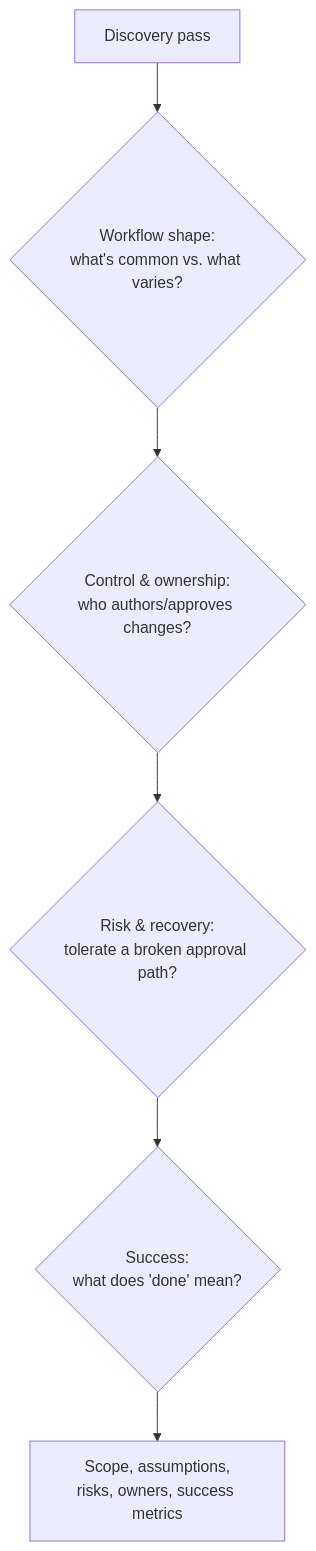
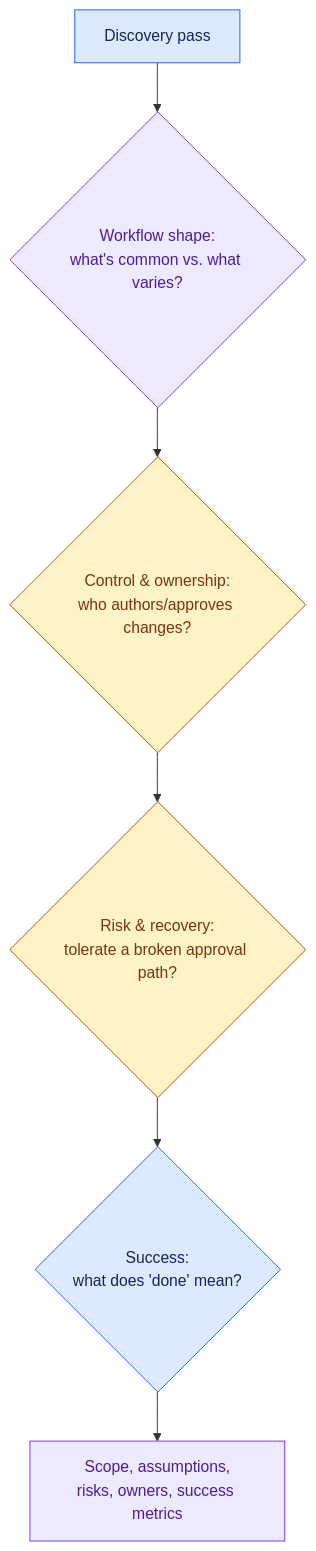
One commit to Sourav692/Forward-Deployed-Engineer-Interview-Prep changed the second of 3 diagrams in site/content/modules/15-fde-case-studies/standalone-designs/configurable-platform-customer-workflows/tutorial-v2.md. Above: the diagram before and after it, drawn with Mermaid. The commit also changed other lines of this file and 1268 other files, not shown here.

First line of the commit message:
content: polish Casebook writing and Mermaid diagrams (#251)

````diff
--- a/site/content/modules/15-fde-case-studies/standalone-designs/configurable-platform-customer-workflows/tutorial-v2.md
+++ b/site/content/modules/15-fde-case-studies/standalone-designs/configurable-platform-customer-workflows/tutorial-v2.md
@@ -139,8 +149,16 @@
 ```mermaid
 flowchart TD
   START["Discovery pass"] --> SHAPE{"Workflow shape:<br/>what's common vs. what varies?"}
   SHAPE --> OWN{"Control & ownership:<br/>who authors/approves changes?"}
   OWN --> RISK{"Risk & recovery:<br/>tolerate a broken approval path?"}
   RISK --> SUCCESS{"Success:<br/>what does 'done' mean?"}
   SUCCESS --> OUT["Scope, assumptions,<br/>risks, owners, success metrics"]
+
+    %% Casebook colours: entry, reasoning, results, controls, and stopped paths.
+    classDef cbInput fill:#dbeafe,stroke:#2563eb,color:#172554
+    class START,SUCCESS cbInput
+    classDef cbReason fill:#ede9fe,stroke:#7c3aed,color:#4c1d95
+    class SHAPE,OUT cbReason
+    classDef cbPolicy fill:#fef3c7,stroke:#b45309,color:#78350f
+    class OWN,RISK cbPolicy
 ```
````
